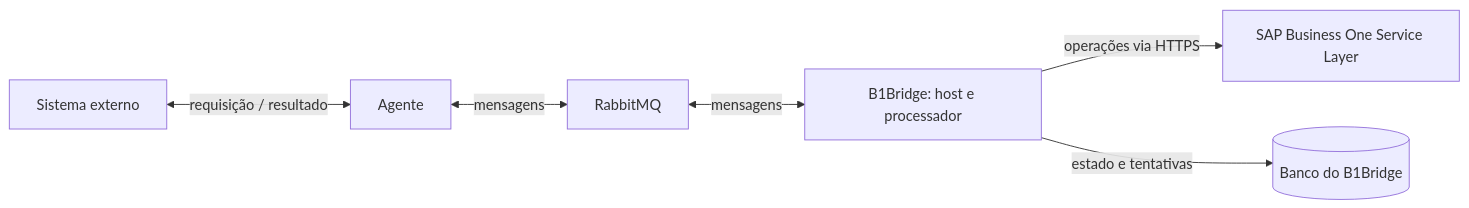
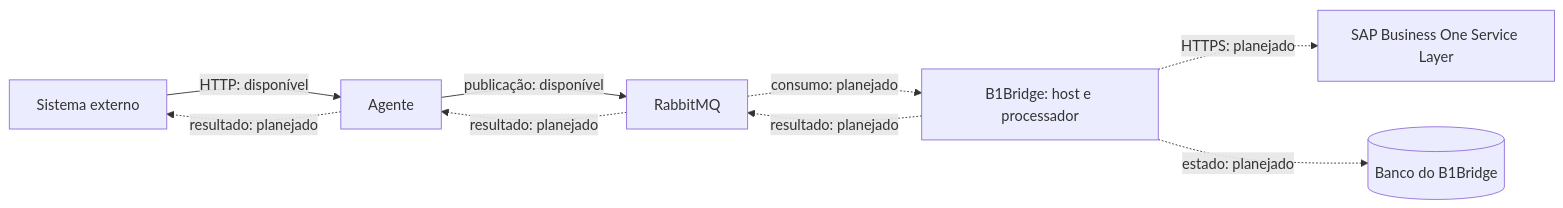
One commit to Kauec16/B1Bridge changed the diagram in README.md. Above: the diagram before and after it, drawn with Mermaid. The commit also changed other lines of this file and 20 other files, not shown here.

Commit message:
feat: add integration agent and RabbitMQ messaging

````diff
--- a/README.md
+++ b/README.md
@@ -28,8 +31,11 @@
 ```mermaid
 flowchart LR
-    External["Sistema externo"] <-->|"requisição / resultado"| Agent["Agente"]
-    Agent <-->|"mensagens"| Broker["RabbitMQ"]
-    Broker <-->|"mensagens"| Bridge["B1Bridge: host e processador"]
-    Bridge -->|"operações via HTTPS"| SAP["SAP Business One Service Layer"]
-    Bridge -->|"estado e tentativas"| Database[("Banco do B1Bridge")]
+    External["Sistema externo"] -->|"HTTP: disponível"| Agent["Agente"]
+    Agent -->|"publicação: disponível"| Broker["RabbitMQ"]
+    Broker -.->|"consumo: planejado"| Bridge["B1Bridge: host e processador"]
+    Bridge -.->|"HTTPS: planejado"| SAP["SAP Business One Service Layer"]
+    Bridge -.->|"estado: planejado"| Database[("Banco do B1Bridge")]
+    Bridge -.->|"resultado: planejado"| Broker
+    Broker -.->|"resultado: planejado"| Agent
+    Agent -.->|"resultado: planejado"| External
 ```
````
